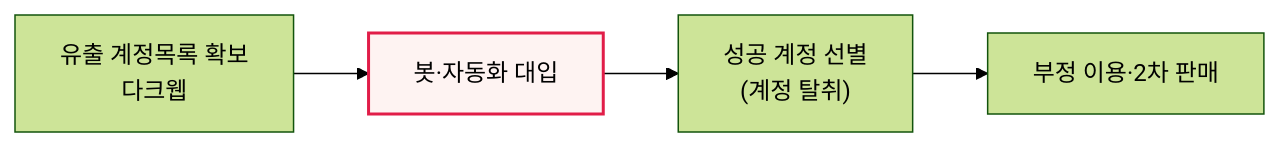
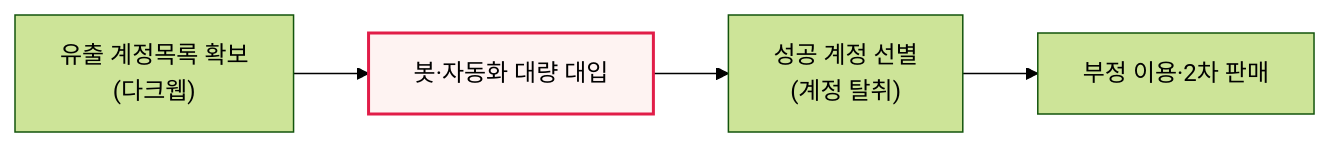
One commit to coninggu/wjdqhrhksflrltnftk changed the diagram in content/credential-stuffing.md. Above: the diagram before and after it, drawn with Mermaid (forest theme). The commit also changed other lines of this file and 4 other files, not shown here.

````diff
--- a/content/credential-stuffing.md
+++ b/content/credential-stuffing.md
@@ -12,7 +15,7 @@
 ```mermaid
 flowchart LR
-  A[유출 계정목록 확보<br/>다크웹] --> B[봇·자동화 대입]
+  A["유출 계정목록 확보<br/>(다크웹)"] --> B["봇·자동화 대량 대입"]
   B --> C["성공 계정 선별<br/>(계정 탈취)"]
-  C --> D[부정 이용·2차 판매]
+  C --> D["부정 이용·2차 판매"]
   style B fill:#fef3f2,stroke:#e11d48,stroke-width:2px
 ```
````
